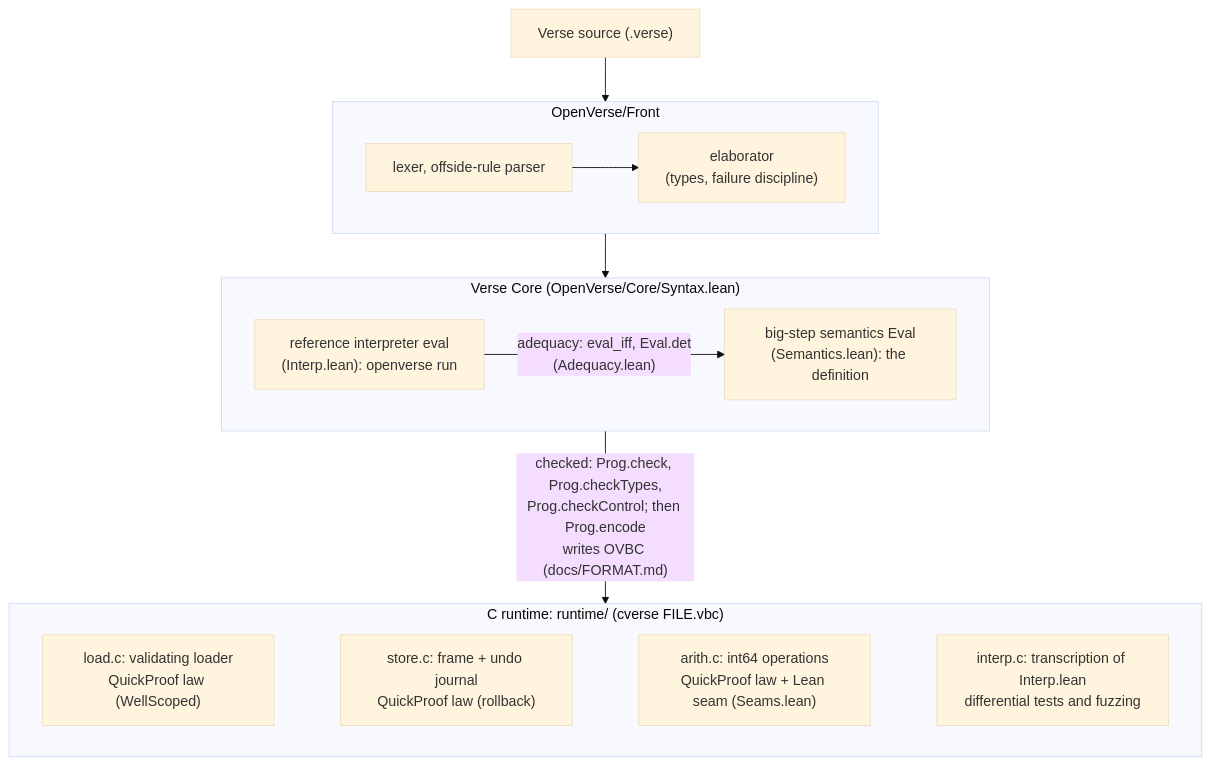
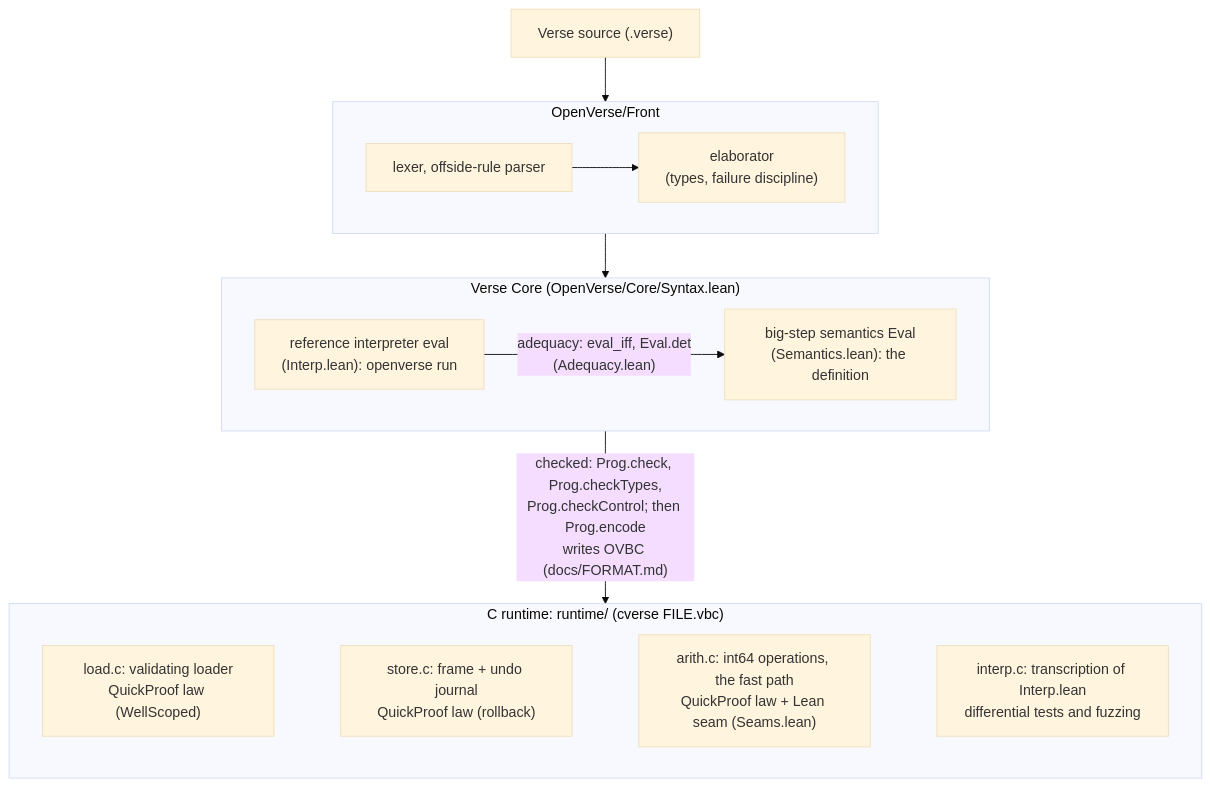
Before and after one commit to rudi-cilibrasi/openverse: the diagram in README.md, drawn with Mermaid (base theme). The commit also changed other lines of this file and 70 other files, not shown here.

````diff
--- a/README.md
+++ b/README.md
@@ -28,24 +28,24 @@
 ```mermaid
 flowchart TD
     src["Verse source (.verse)"]
     subgraph front["OpenVerse/Front"]
         direction LR
         parse["lexer, offside-rule parser"] --> elab["elaborator<br/>(types, failure discipline)"]
     end
     subgraph core["Verse Core (OpenVerse/Core/Syntax.lean)"]
         sem["big-step semantics Eval<br/>(Semantics.lean): the definition"]
         interp["reference interpreter eval<br/>(Interp.lean): openverse run"]
         interp -- "adequacy: eval_iff, Eval.det<br/>(Adequacy.lean)" --> sem
     end
     subgraph c["C runtime: runtime/ (cverse FILE.vbc)"]
         direction LR
         load["load.c: validating loader<br/>QuickProof law (WellScoped)"]
         store["store.c: frame + undo journal<br/>QuickProof law (rollback)"]
-        arith["arith.c: int64 operations<br/>QuickProof law + Lean seam (Seams.lean)"]
+        arith["arith.c: int64 operations, the fast path<br/>QuickProof law + Lean seam (Seams.lean)"]
         cint["interp.c: transcription of Interp.lean<br/>differential tests and fuzzing"]
         load ~~~ store ~~~ arith ~~~ cint
     end
     src --> front
     front --> core
     core -- "checked: Prog.check, Prog.checkTypes,<br/>Prog.checkControl; then Prog.encode<br/>writes OVBC (docs/FORMAT.md)" --> c
 ```
````
